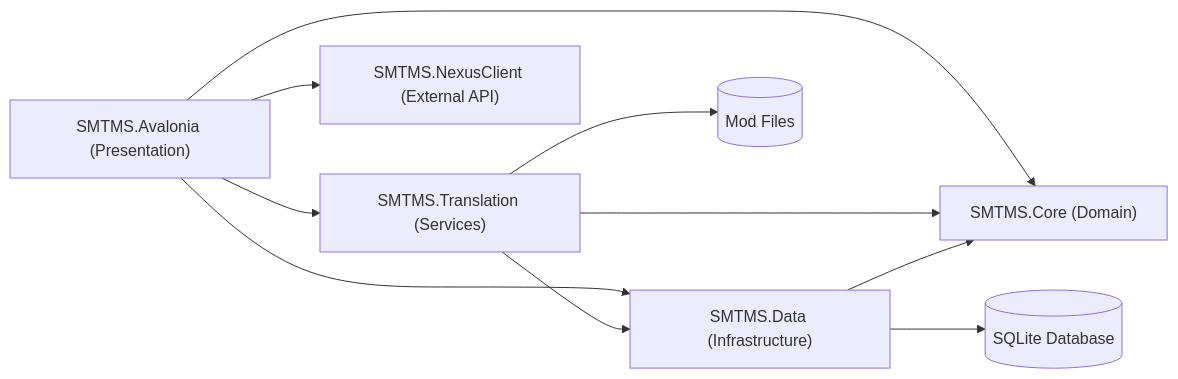
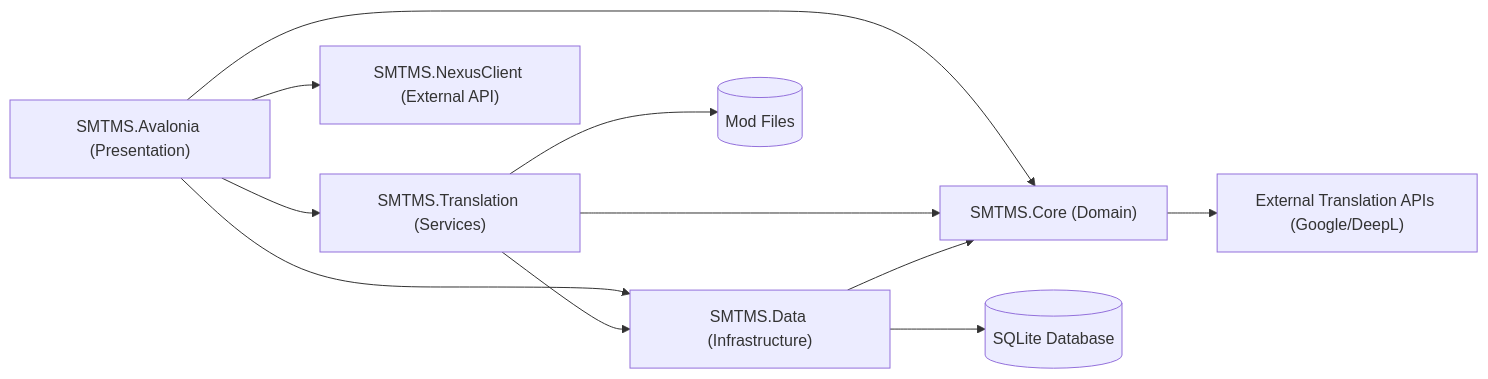
Before and after one commit to Sisyphean-a/SMTMS: the first of 5 diagrams in docs/ARCHITECTURE.md, drawn with Mermaid. The commit also changed other lines of this file, not shown here.

Commit message:
docs(architecture): 更新架构文档，添加配置与翻译服务

````diff
--- a/docs/ARCHITECTURE.md
+++ b/docs/ARCHITECTURE.md
@@ -11,14 +18,16 @@
 ```mermaid
 flowchart LR
     UI["SMTMS.Avalonia (Presentation)"] --> Core["SMTMS.Core (Domain)"]
     UI --> Data["SMTMS.Data (Infrastructure)"]
     UI --> Trans["SMTMS.Translation (Services)"]
     UI --> Nexus["SMTMS.NexusClient (External API)"]
 
     Trans --> Core
     Trans --> Data
     Data --> Core
     
     Data --> SqLite[(SQLite Database)]
     Trans --> Mods[(Mod Files)]
+    
+    Core --> ExternalApi["External Translation APIs (Google/DeepL)"]
 ```
````
